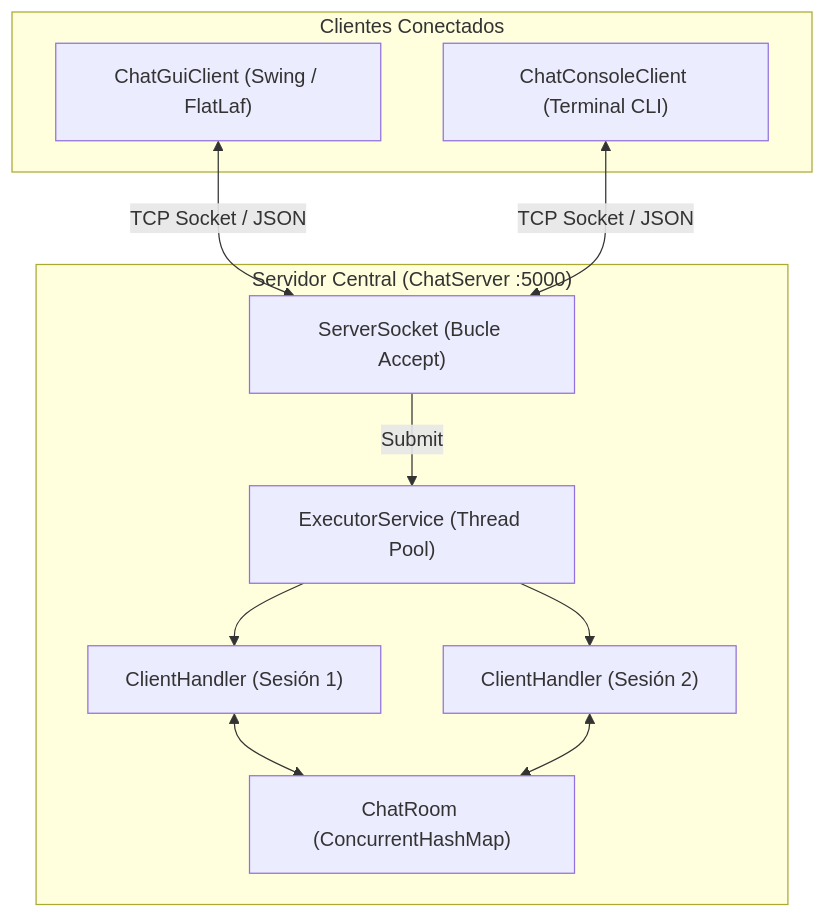
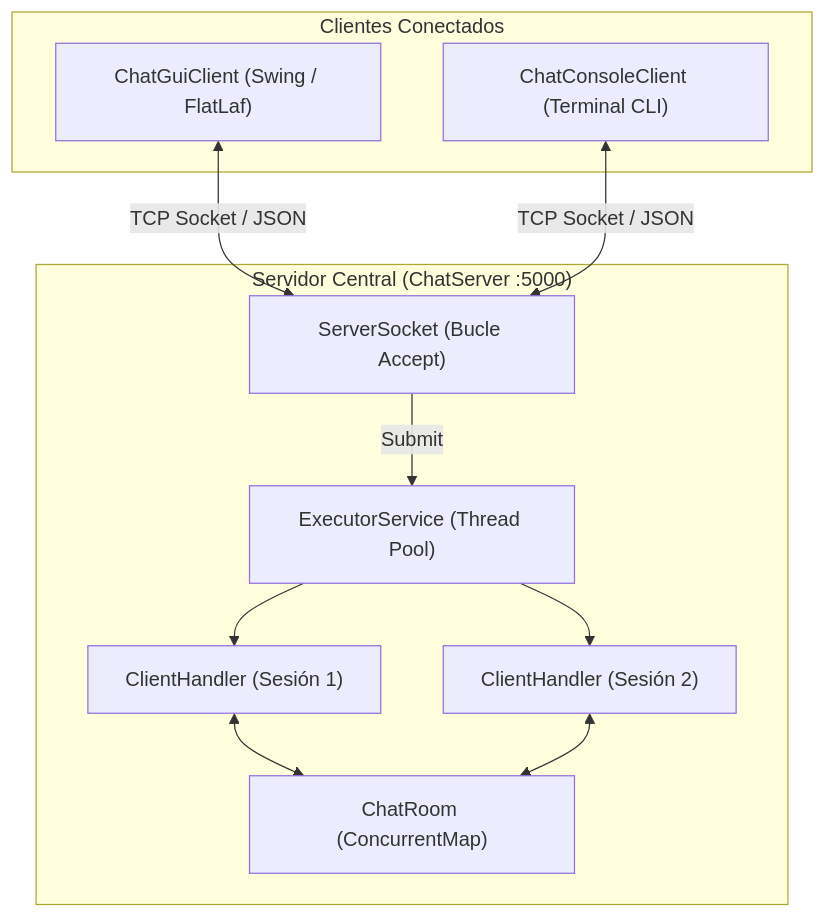
The diagram in README.md (danicaju/RealTimeChat), drawn with Mermaid before and after one commit.

Commit message:
docs: actualizar referencia a ConcurrentMap en diagrama de arquitectura

````diff
--- a/README.md
+++ b/README.md
@@ -19,23 +19,23 @@
 ```mermaid
 flowchart TD
     subgraph Clientes ["Clientes Conectados"]
         GUI["ChatGuiClient (Swing / FlatLaf)"]
         CLI["ChatConsoleClient (Terminal CLI)"]
     end
 
     subgraph Servidor ["Servidor Central (ChatServer :5000)"]
         Listener["ServerSocket (Bucle Accept)"]
         Pool["ExecutorService (Thread Pool)"]
         Handler1["ClientHandler (Sesión 1)"]
         Handler2["ClientHandler (Sesión 2)"]
-        Room["ChatRoom (ConcurrentHashMap)"]
+        Room["ChatRoom (ConcurrentMap)"]
     end
 
     GUI <-->|TCP Socket / JSON| Listener
     CLI <-->|TCP Socket / JSON| Listener
     Listener -->|Submit| Pool
     Pool --> Handler1
     Pool --> Handler2
     Handler1 <--> Room
     Handler2 <--> Room
 ```
````
